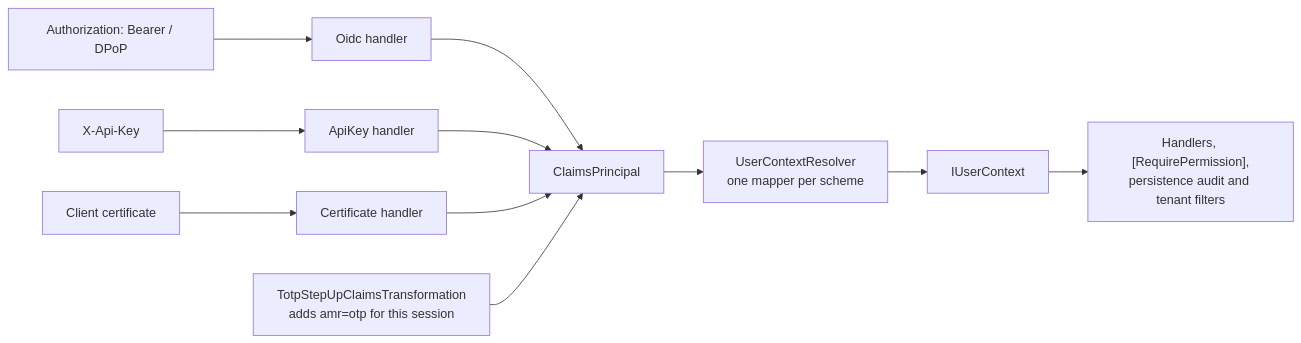
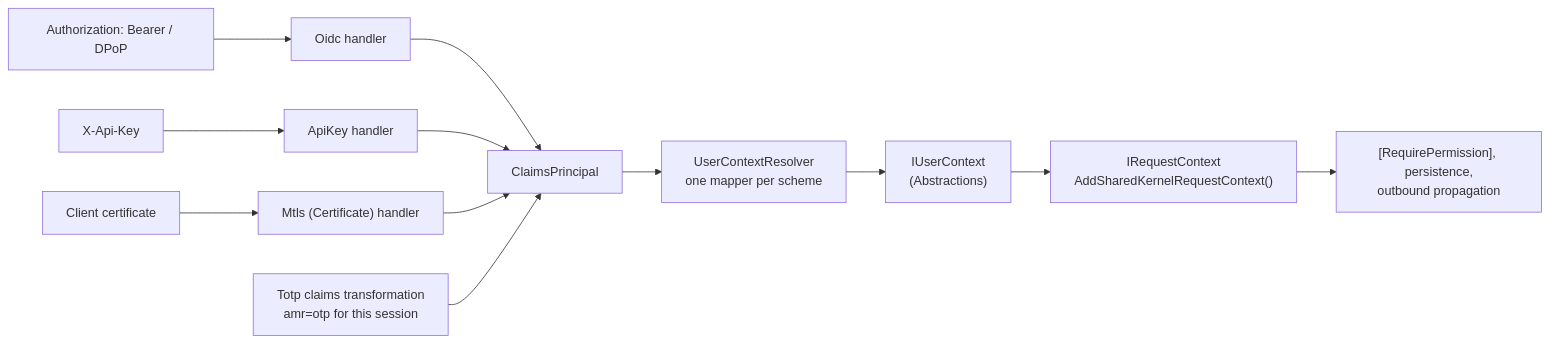
The diagram in 12.Security/README.md (Gresta-Vertex-Labs/platform-shared-kernel), drawn with Mermaid before and after one commit. The commit also changed other lines of this file and 639 other files, not shown here.

````diff
--- a/12.Security/README.md
+++ b/12.Security/README.md
@@ -46,13 +62,14 @@
 ```mermaid
 flowchart LR
     A["Authorization: Bearer / DPoP"] --> O["Oidc handler"]
     K["X-Api-Key"] --> P["ApiKey handler"]
-    C["Client certificate"] --> M["Certificate handler"]
+    C["Client certificate"] --> M["Mtls (Certificate) handler"]
     O --> I["ClaimsPrincipal"]
     P --> I
     M --> I
-    T["TotpStepUpClaimsTransformation<br/>adds amr=otp for this session"] --> I
+    T["Totp claims transformation<br/>amr=otp for this session"] --> I
     I --> R["UserContextResolver<br/>one mapper per scheme"]
-    R --> U["IUserContext"]
-    U --> H["Handlers, [RequirePermission],<br/>persistence audit and tenant filters"]
+    R --> U["IUserContext<br/>(Abstractions)"]
+    U --> Q["IRequestContext<br/>AddSharedKernelRequestContext()"]
+    Q --> H["[RequirePermission], persistence,<br/>outbound propagation"]
 ```
````
